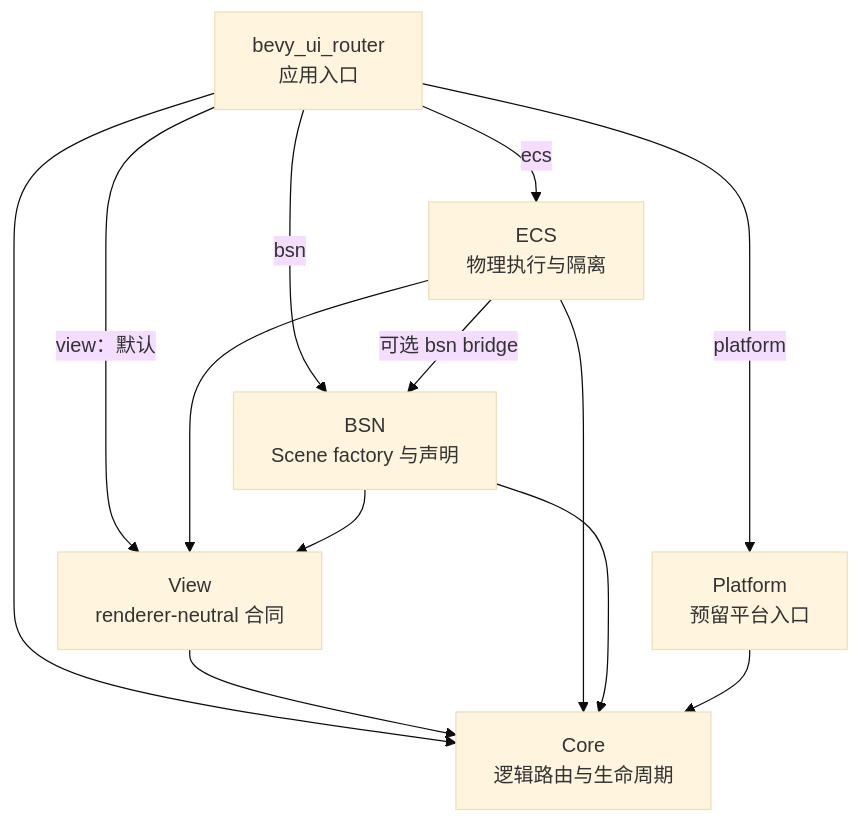
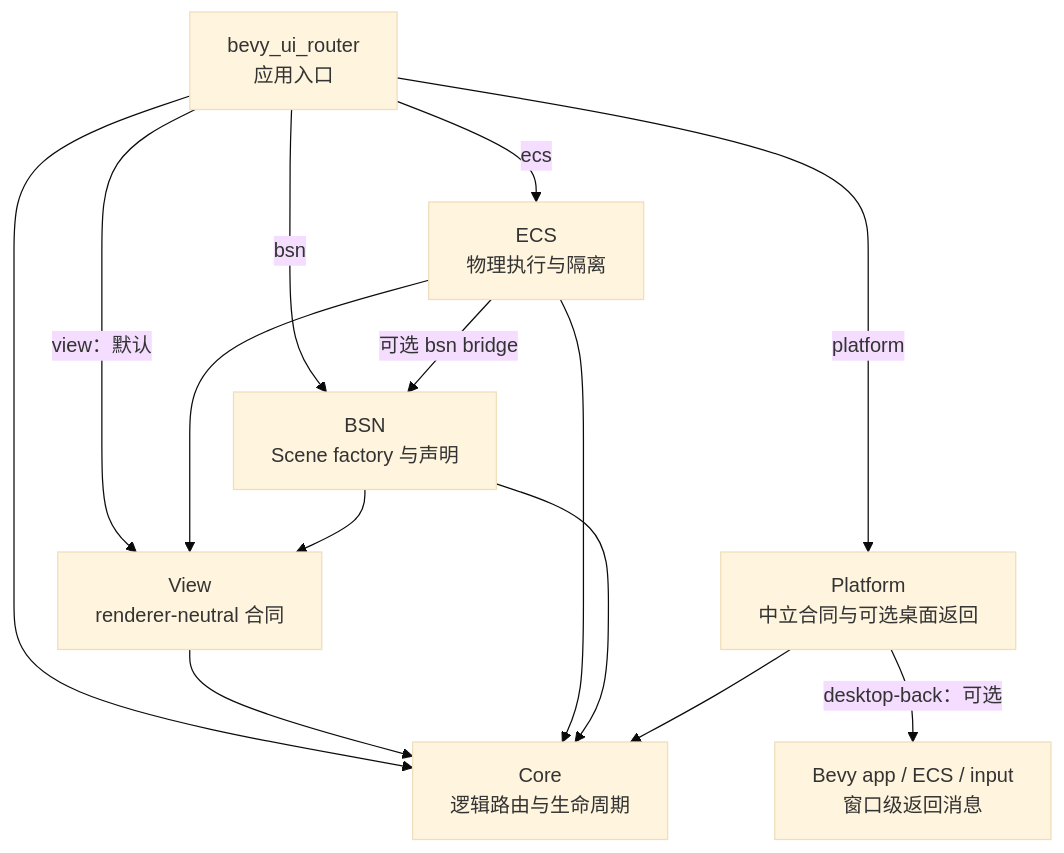
One commit to shengyusi-SYS/bevy_ui_router changed the first of 2 diagrams in docs/architecture/README.md. Above: the diagram before and after it, drawn with Mermaid (base theme). The commit also changed other lines of this file and 22 other files, not shown here.

Commit message:
feat(platform): add opt-in desktop mouse back input

````diff
--- a/docs/architecture/README.md
+++ b/docs/architecture/README.md
@@ -9,15 +9,16 @@
 ```mermaid
 flowchart TD
     Facade["bevy_ui_router<br/>应用入口"] --> Core["Core<br/>逻辑路由与生命周期"]
     Facade -->|"view：默认"| View["View<br/>renderer-neutral 合同"]
     Facade -->|ecs| ECS["ECS<br/>物理执行与隔离"]
     Facade -->|bsn| BSN["BSN<br/>Scene factory 与声明"]
-    Facade -->|platform| Platform["Platform<br/>预留平台入口"]
+    Facade -->|platform| Platform["Platform<br/>中立合同与可选桌面返回"]
     View --> Core
     ECS --> Core
     ECS --> View
     ECS -->|"可选 bsn bridge"| BSN
     BSN --> Core
     BSN --> View
     Platform --> Core
+    Platform -->|"desktop-back：可选"| BevyInput["Bevy app / ECS / input<br/>窗口级返回消息"]
 ```
````
